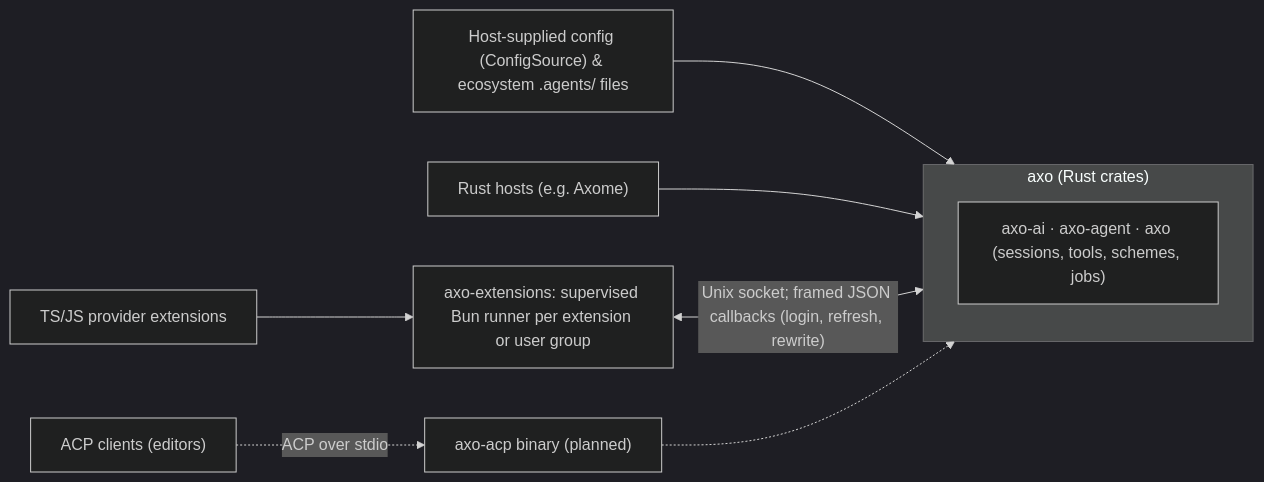
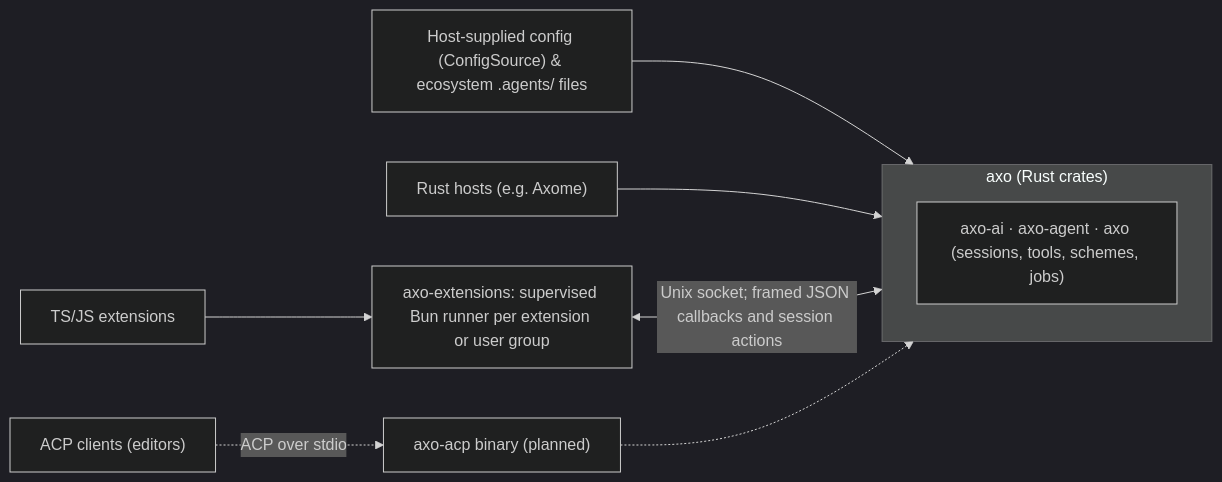
Before and after one commit to Axo-Gnosis/Axo: the diagram in plan/design.md, drawn with Mermaid (dark theme). The commit also changed other lines of this file and 54 other files, not shown here.

````diff
--- a/plan/design.md
+++ b/plan/design.md
@@ -48,11 +48,11 @@
 ```mermaid
 flowchart LR
   D["Host-supplied config (ConfigSource) & ecosystem .agents/ files"] --> C
   subgraph C["axo (Rust crates)"]
     L["axo-ai · axo-agent · axo (sessions, tools, schemes, jobs)"]
   end
   S["Rust hosts (e.g. Axome)"] --> C
-  X["TS/JS provider extensions"] --> H["axo-extensions: supervised Bun runner per extension or user group"]
-  H <-->|"Unix socket; framed JSON callbacks (login, refresh, rewrite)"| C
+  X["TS/JS extensions"] --> H["axo-extensions: supervised Bun runner per extension or user group"]
+  H <-->|"Unix socket; framed JSON callbacks and session actions"| C
   R["ACP clients (editors)"] -.->|ACP over stdio| A["axo-acp binary (planned)"] -.-> C
 ```
````
